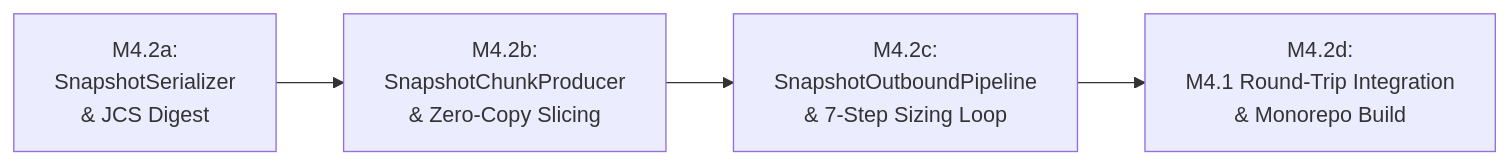
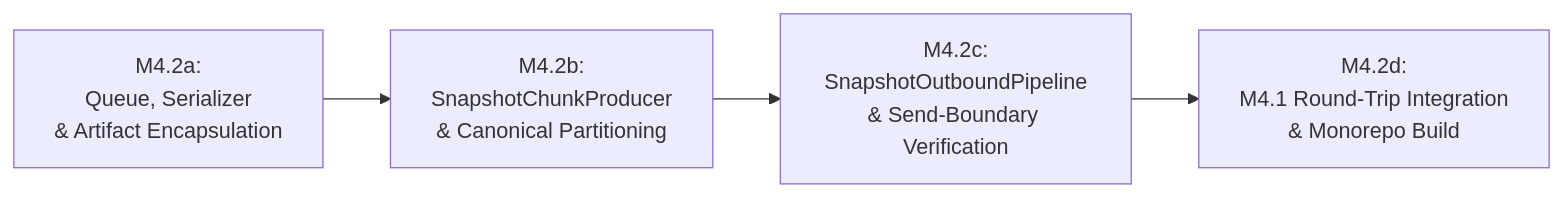
Before and after one commit to Tejdeepakchandra/SyncPlay_Protocol: the diagram in docs/PHASE7_5_M4_2_IMPLEMENTATION_ROADMAP.md, drawn with Mermaid. The commit also changed other lines of this file and 6 other files, not shown here.

Commit message:
docs(phase-7.5-m4): apply targeted planning corrections to m4.2 outbound pipeline suite

````diff
--- a/docs/PHASE7_5_M4_2_IMPLEMENTATION_ROADMAP.md
+++ b/docs/PHASE7_5_M4_2_IMPLEMENTATION_ROADMAP.md
@@ -14,6 +14,6 @@
 ```mermaid
 flowchart LR
-    M4_2a["M4.2a:<br/>SnapshotSerializer<br/>& JCS Digest"] --> M4_2b["M4.2b:<br/>SnapshotChunkProducer<br/>& Zero-Copy Slicing"]
-    M4_2b --> M4_2c["M4.2c:<br/>SnapshotOutboundPipeline<br/>& 7-Step Sizing Loop"]
+    M4_2a["M4.2a:<br/>Queue, Serializer<br/>& Artifact Encapsulation"] --> M4_2b["M4.2b:<br/>SnapshotChunkProducer<br/>& Canonical Partitioning"]
+    M4_2b --> M4_2c["M4.2c:<br/>SnapshotOutboundPipeline<br/>& Send-Boundary Verification"]
     M4_2c --> M4_2d["M4.2d:<br/>M4.1 Round-Trip Integration<br/>& Monorepo Build"]
 ```
````
